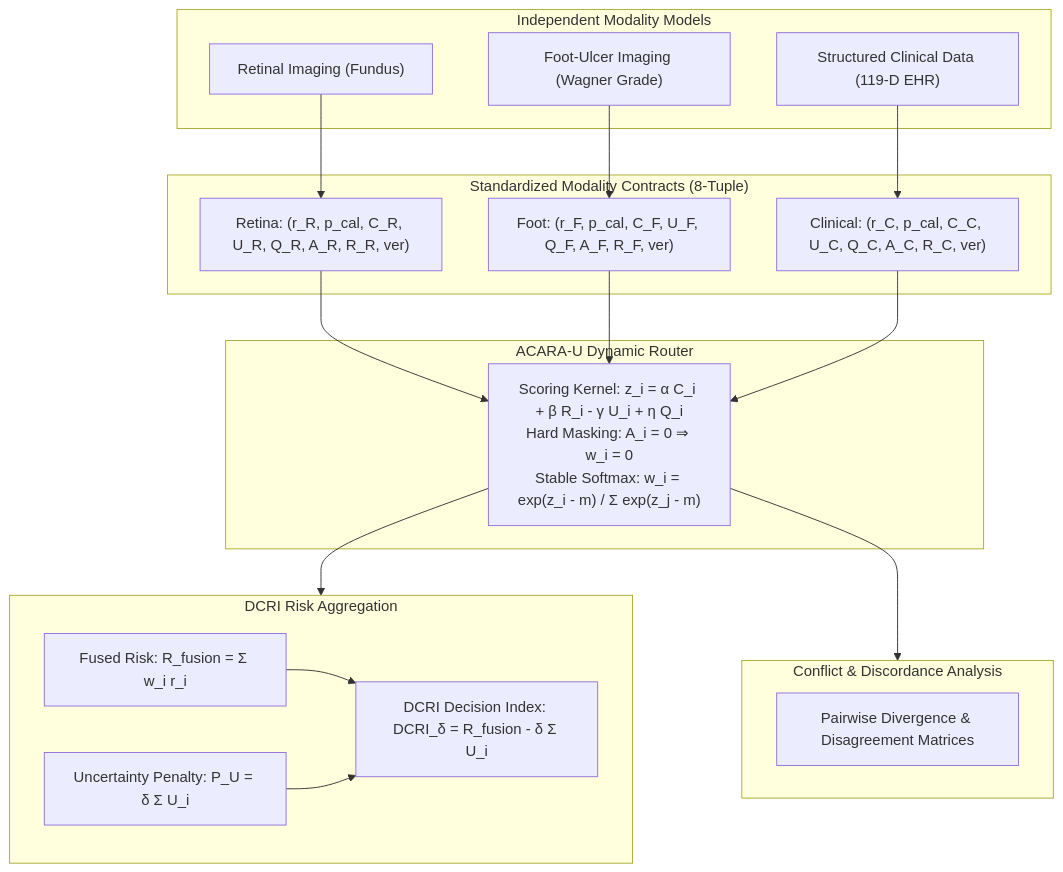
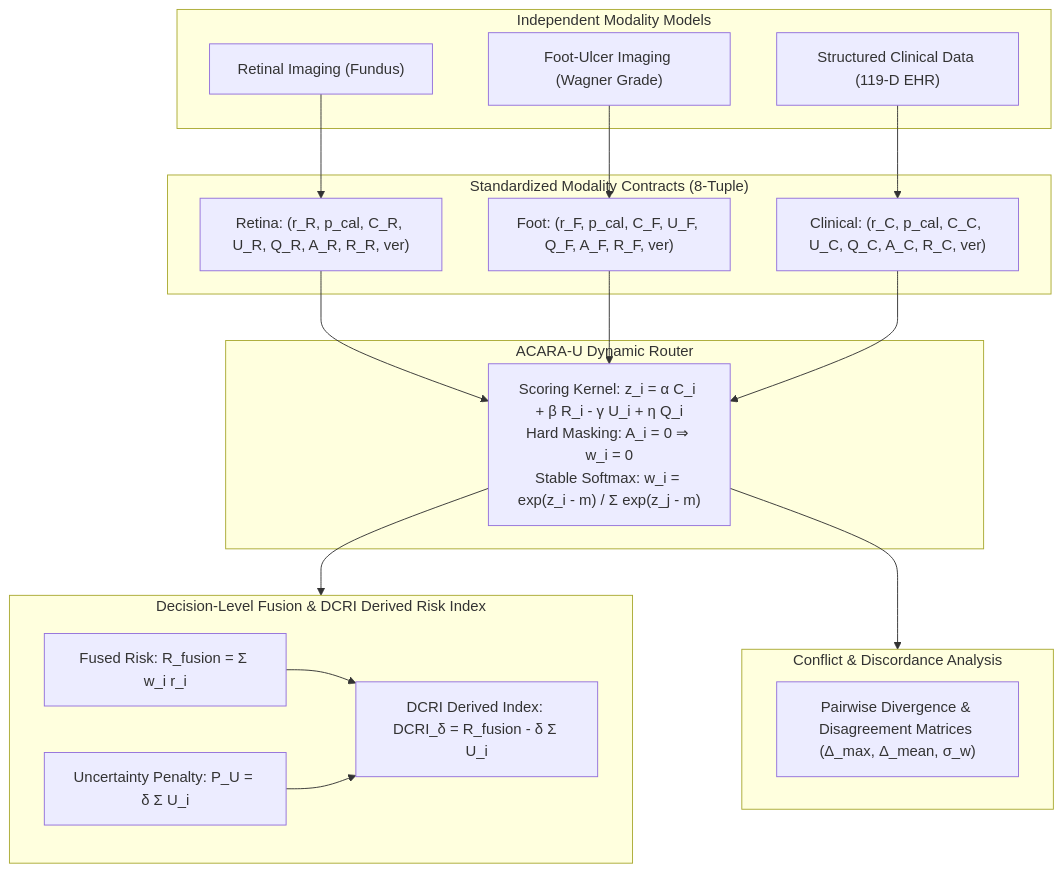
One commit to Dr-Venom29/FusionMedAI changed the first of 3 diagrams in README.md. Above: the diagram before and after it, drawn with Mermaid. The commit also changed other lines of this file and 35 other files, not shown here.

````diff
--- a/README.md
+++ b/README.md
@@ -17,42 +55,42 @@
 ```mermaid
 flowchart TD
     subgraph Modalities["Independent Modality Models"]
         R["Retinal Imaging (Fundus)"]
         F["Foot-Ulcer Imaging (Wagner Grade)"]
         C["Structured Clinical Data (119-D EHR)"]
     end
     
     subgraph Contracts["Standardized Modality Contracts (8-Tuple)"]
         RO["Retina: (r_R, p_cal, C_R, U_R, Q_R, A_R, R_R, ver)"]
         FO["Foot: (r_F, p_cal, C_F, U_F, Q_F, A_F, R_F, ver)"]
         CO["Clinical: (r_C, p_cal, C_C, U_C, Q_C, A_C, R_C, ver)"]
     end
     
     R --> RO
     F --> FO
     C --> CO
     
     subgraph RouterStage["ACARA-U Dynamic Router"]
         Router["Scoring Kernel: z_i = α C_i + β R_i - γ U_i + η Q_i<br/>Hard Masking: A_i = 0 ⇒ w_i = 0<br/>Stable Softmax: w_i = exp(z_i - m) / Σ exp(z_j - m)"]
     end
     
     RO --> Router
     FO --> Router
     CO --> Router
     
-    subgraph DCRIStage["DCRI Risk Aggregation"]
+    subgraph DCRIStage["Decision-Level Fusion & DCRI Derived Risk Index"]
         Fused["Fused Risk: R_fusion = Σ w_i r_i"]
         Penalty["Uncertainty Penalty: P_U = δ Σ U_i"]
-        DCRI["DCRI Decision Index: DCRI_δ = R_fusion - δ Σ U_i"]
+        DCRI["DCRI Derived Index: DCRI_δ = R_fusion - δ Σ U_i"]
         Fused --> DCRI
         Penalty --> DCRI
     end
     
     Router --> DCRIStage
     
     subgraph ConflictStage["Conflict & Discordance Analysis"]
-        Conflict["Pairwise Divergence & Disagreement Matrices"]
+        Conflict["Pairwise Divergence & Disagreement Matrices (Δ_max, Δ_mean, σ_w)"]
     end
     
     Router --> ConflictStage
 ```
````
